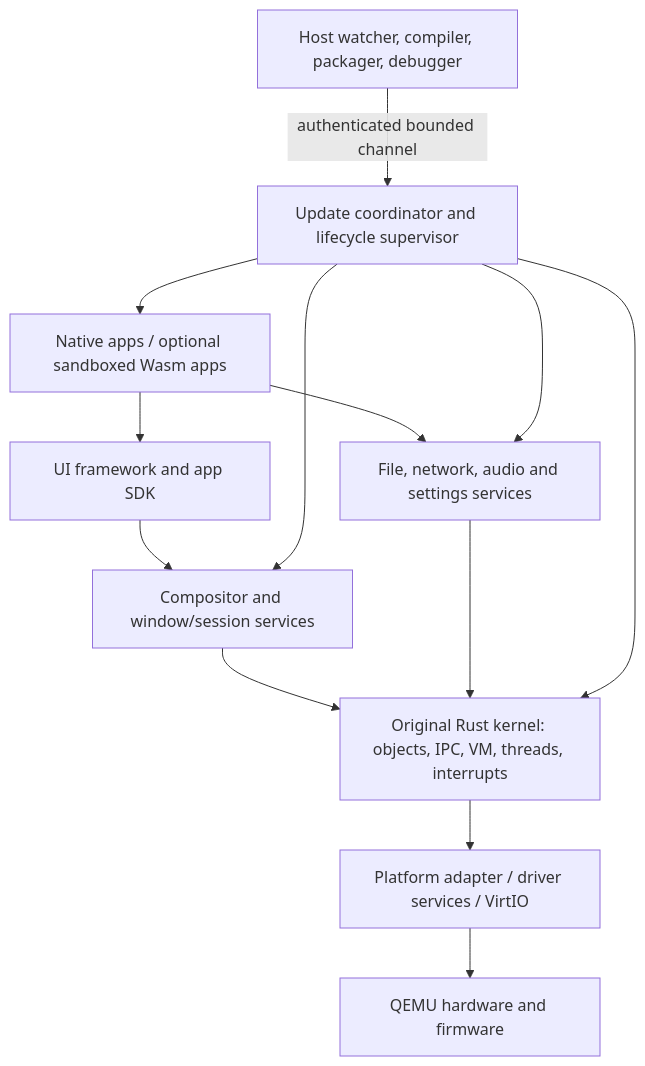
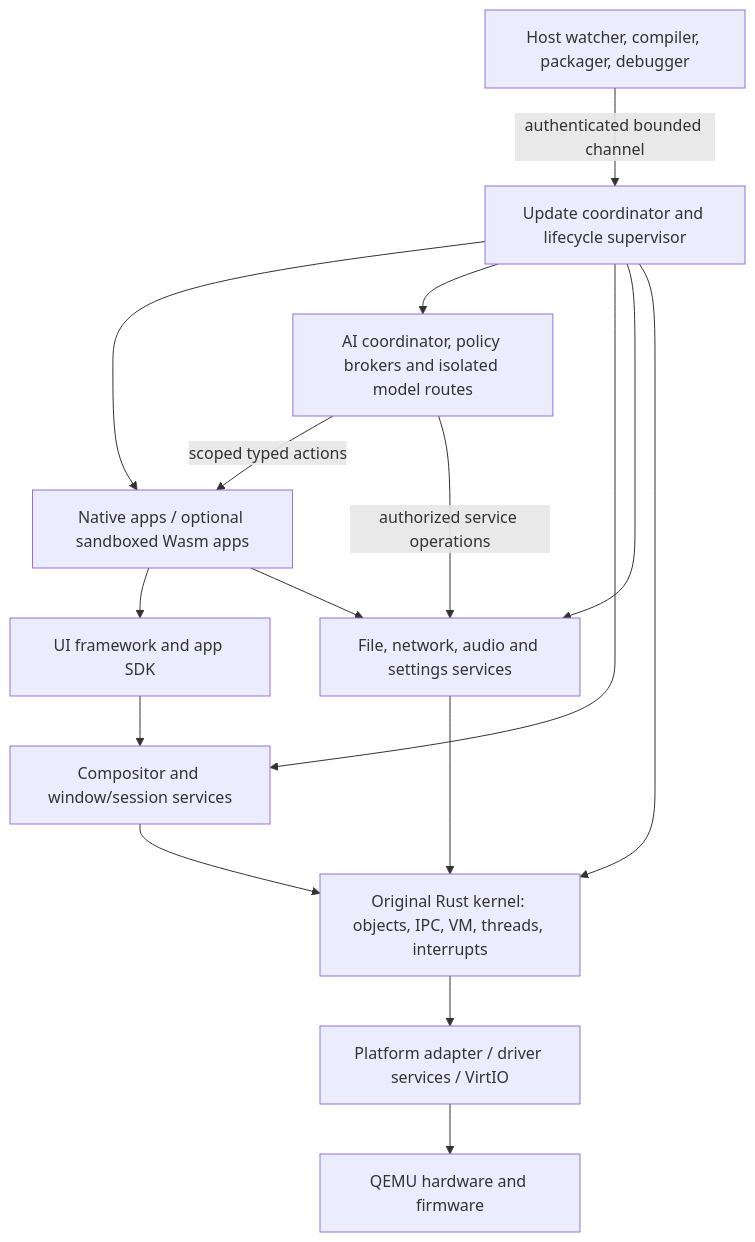
Before and after one commit to Continuum-Foundry/ContinuumOS: the diagram in docs/00-overview/architecture-summary.md, drawn with Mermaid. The commit also changed other lines of this file and 37 other files, not shown here.

Commit message:
Plan native AI with independent routes and durable policy gates

````diff
--- a/docs/00-overview/architecture-summary.md
+++ b/docs/00-overview/architecture-summary.md
@@ -19,15 +19,18 @@
 ```mermaid
 flowchart TB
     H[Host watcher, compiler, packager, debugger] -->|authenticated bounded channel| U
     A[Native apps / optional sandboxed Wasm apps] --> F[UI framework and app SDK]
     F --> C[Compositor and window/session services]
     A --> S[File, network, audio and settings services]
+    I[AI coordinator, policy brokers and isolated model routes] -->|scoped typed actions| A
+    I -->|authorized service operations| S
     U[Update coordinator and lifecycle supervisor] --> A
+    U --> I
     U --> C
     U --> S
     C --> K[Original Rust kernel: objects, IPC, VM, threads, interrupts]
     S --> K
     U --> K
     K --> D[Platform adapter / driver services / VirtIO]
     D --> V[QEMU hardware and firmware]
 ```
````
